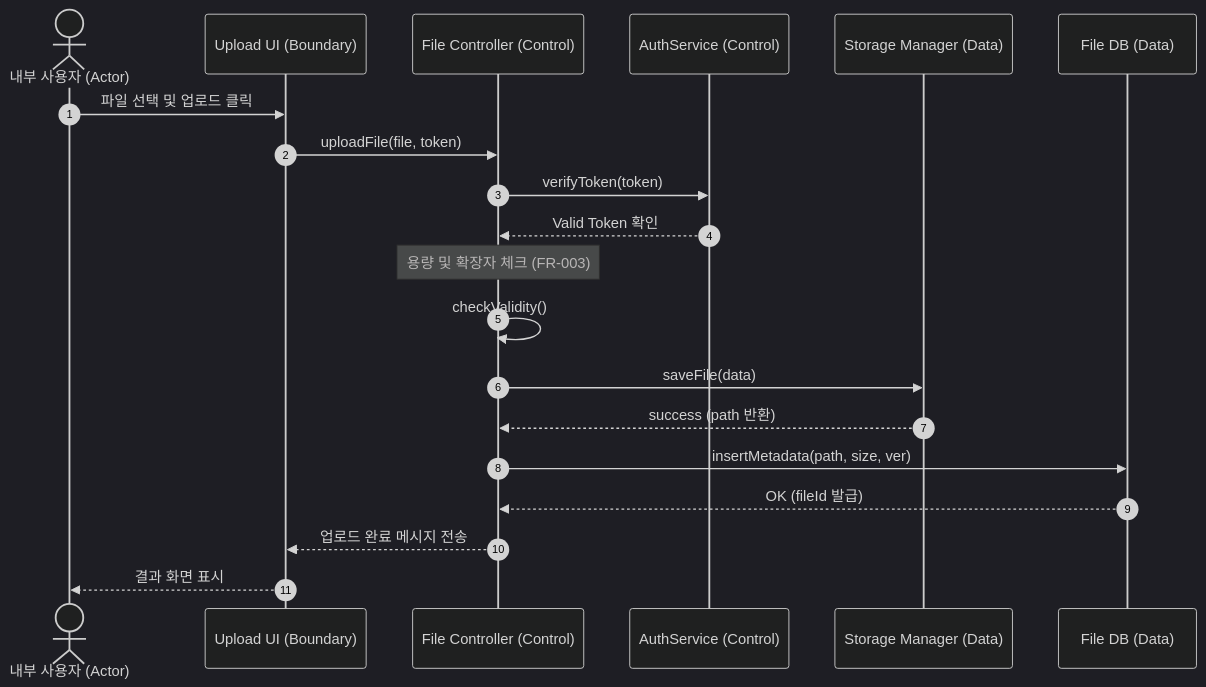
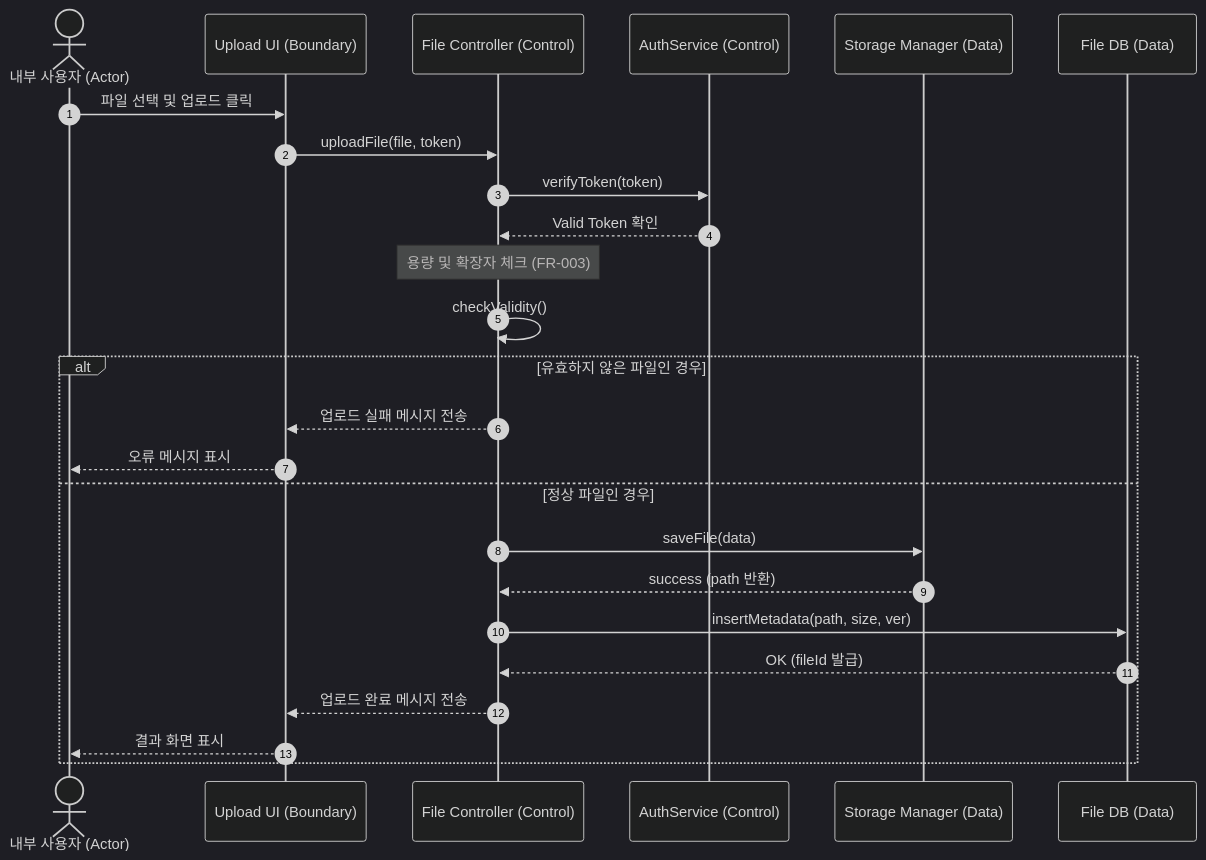
Before and after one commit to tjdbs1376/se: the third of 4 diagrams in doc/project_requirement_analysis.md, drawn with Mermaid (dark theme). The commit also changed other lines of this file, not shown here.

Commit message:
순차 다이어그램, 유스케이스 수정

````diff
--- a/doc/project_requirement_analysis.md
+++ b/doc/project_requirement_analysis.md
@@ -166,29 +177,35 @@
 ```mermaid
 sequenceDiagram
     autonumber
     actor User as 내부 사용자 (Actor)
     participant UI as Upload UI (Boundary)
     participant Ctrl as File Controller (Control)
     participant Auth as AuthService (Control)
     participant Storage as Storage Manager (Data)
     participant DB as File DB (Data)
 
     User->>UI: 파일 선택 및 업로드 클릭
     UI->>Ctrl: uploadFile(file, token)
     
     Ctrl->>Auth: verifyToken(token)
     Auth-->>Ctrl: Valid Token 확인
 
     Note over Ctrl: 용량 및 확장자 체크 (FR-003)
     Ctrl->>Ctrl: checkValidity()
 
+    alt 유효하지 않은 파일인 경우
+    Ctrl-->>UI: 업로드 실패 메시지 전송
+    UI-->>User: 오류 메시지 표시
+
+else 정상 파일인 경우
     Ctrl->>Storage: saveFile(data)
     Storage-->>Ctrl: success (path 반환)
 
     Ctrl->>DB: insertMetadata(path, size, ver)
     DB-->>Ctrl: OK (fileId 발급)
 
     Ctrl-->>UI: 업로드 완료 메시지 전송
     UI-->>User: 결과 화면 표시
+end
 
 ```
````
